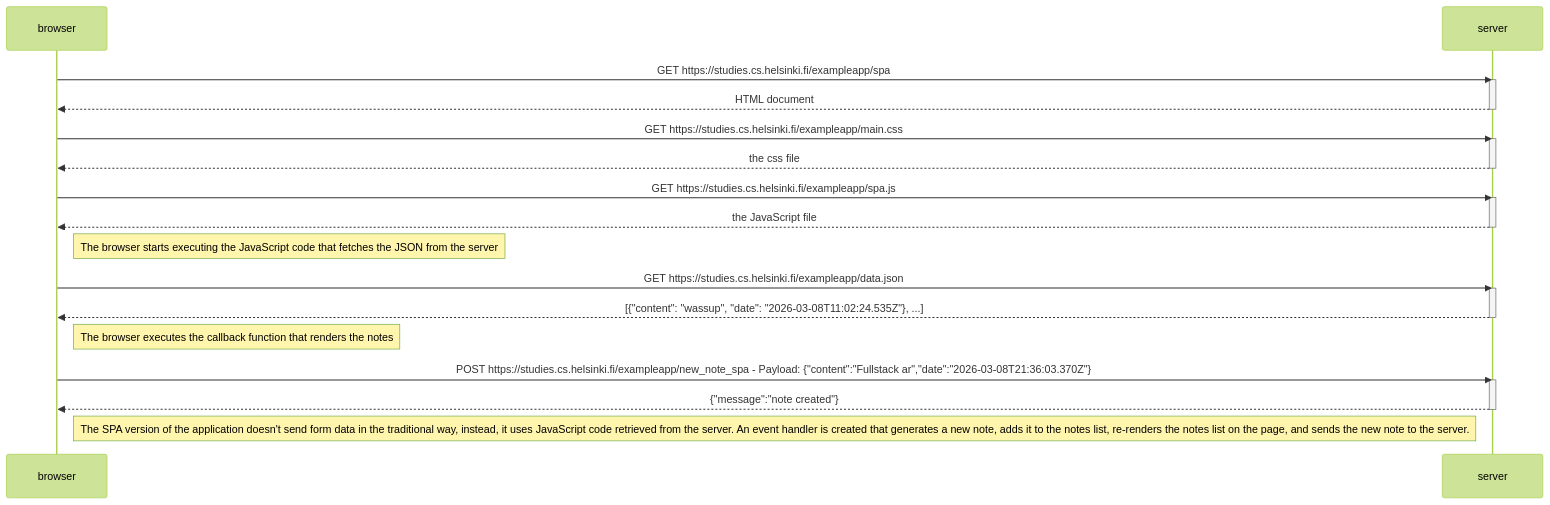
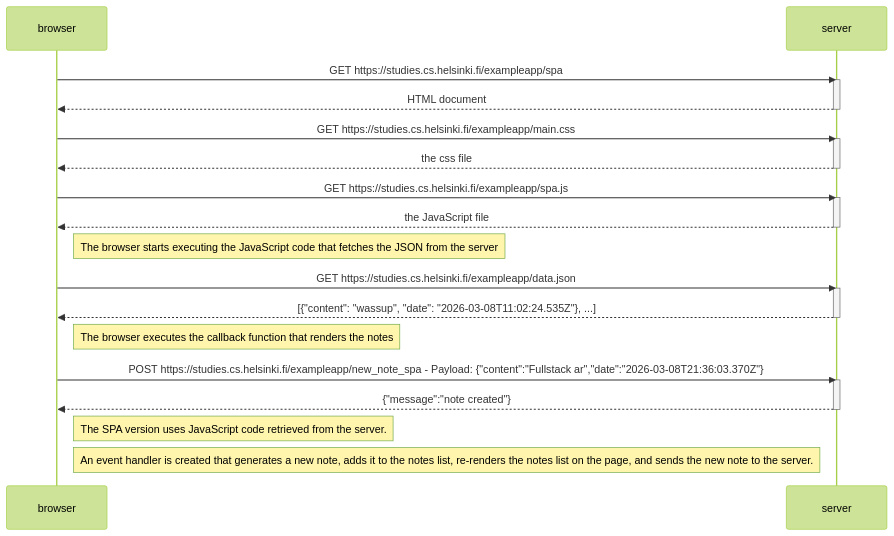
Before and after one commit to MilagrosBustos/Full-Stack-Open-Ejercicios: the diagram in Parte 0 - Fundamentos de las aplicaciones web/Ejercicio 0.6: Nueva nota en diagrama de aplicación de una sola página.md, drawn with Mermaid (forest theme).

Commit message:
Update Ejercicio 0.6: Nueva nota en diagrama de aplicación de una sola página.md

````diff
--- a/Parte 0 - Fundamentos de las aplicaciones web/Ejercicio 0.6: Nueva nota en diagrama de aplicación de una sola página.md
+++ b/Parte 0 - Fundamentos de las aplicaciones web/Ejercicio 0.6: Nueva nota en diagrama de aplicación de una sola página.md
@@ -1,36 +1,37 @@
 ```mermaid
 sequenceDiagram
     participant browser
     participant server
 
     browser->>server: GET https://studies.cs.helsinki.fi/exampleapp/spa
     activate server
     server-->>browser: HTML document
     deactivate server
 
     browser->>server: GET https://studies.cs.helsinki.fi/exampleapp/main.css
     activate server
     server-->>browser: the css file
     deactivate server
 
     browser->>server: GET https://studies.cs.helsinki.fi/exampleapp/spa.js
     activate server
     server-->>browser: the JavaScript file
     deactivate server
 
     Note right of browser: The browser starts executing the JavaScript code that fetches the JSON from the server
 
     browser->>server: GET https://studies.cs.helsinki.fi/exampleapp/data.json
     activate server
     server-->>browser: [{"content": "wassup", "date": "2026-03-08T11:02:24.535Z"}, ...]
     deactivate server
 
     Note right of browser: The browser executes the callback function that renders the notes
 
     browser->>server: POST https://studies.cs.helsinki.fi/exampleapp/new_note_spa - Payload: {"content":"Fullstack ar","date":"2026-03-08T21:36:03.370Z"}
     activate server
     server-->>browser: {"message":"note created"}
     deactivate server
 
-    Note right of browser: The SPA version of the application doesn't send form data in the traditional way, instead, it uses JavaScript code retrieved from the server. An event handler is created that generates a new note, adds it to the notes list, re-renders the notes list on the page, and sends the new note to the server.    
+    Note right of browser: The SPA version uses JavaScript code retrieved from the server.
+    Note right of browser: An event handler is created that generates a new note, adds it to the notes list, re-renders the notes list on the page, and sends the new note to the server.    
 ```
````
